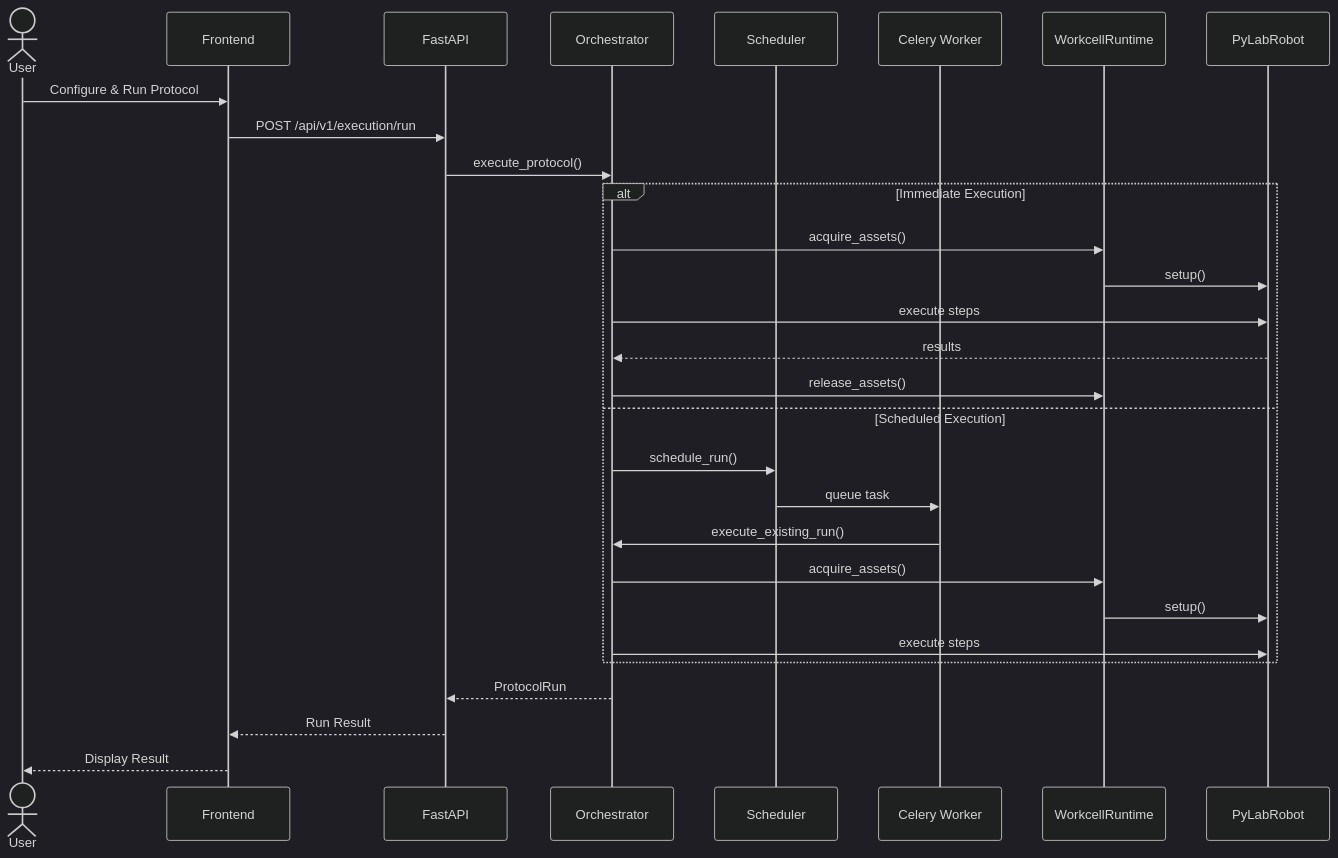
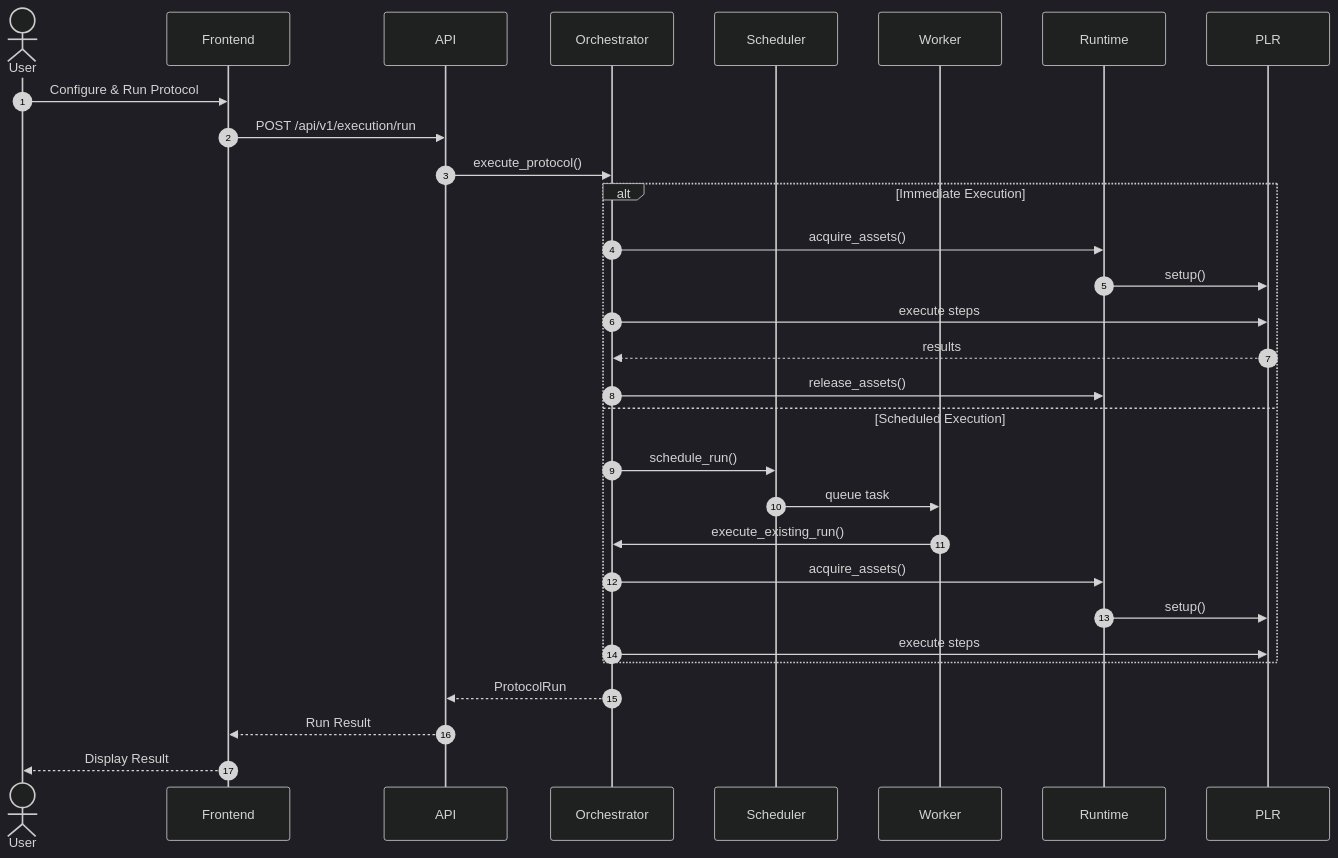
The first of 2 diagrams in docs/architecture/execution-flow.md (maraxen/pylabpraxis), drawn with Mermaid (dark theme) before and after one commit. The commit also changed other lines of this file and 98 other files, not shown here.

````diff
--- a/docs/architecture/execution-flow.md
+++ b/docs/architecture/execution-flow.md
@@ -11,34 +11,35 @@
 ```mermaid
 sequenceDiagram
+    autonumber
     actor User
     participant UI as Frontend
-    participant API as FastAPI
+    participant API
     participant Orch as Orchestrator
     participant Sched as Scheduler
-    participant Worker as Celery Worker
-    participant WCR as WorkcellRuntime
-    participant PLR as PyLabRobot
+    participant Worker
+    participant WCR as Runtime
+    participant PLR
 
     User->>UI: Configure & Run Protocol
     UI->>API: POST /api/v1/execution/run
     API->>Orch: execute_protocol()
 
     alt Immediate Execution
         Orch->>WCR: acquire_assets()
         WCR->>PLR: setup()
         Orch->>PLR: execute steps
         PLR-->>Orch: results
         Orch->>WCR: release_assets()
     else Scheduled Execution
         Orch->>Sched: schedule_run()
         Sched->>Worker: queue task
         Worker->>Orch: execute_existing_run()
         Orch->>WCR: acquire_assets()
         WCR->>PLR: setup()
         Orch->>PLR: execute steps
     end
 
     Orch-->>API: ProtocolRun
     API-->>UI: Run Result
     UI-->>User: Display Result
 ```
````
